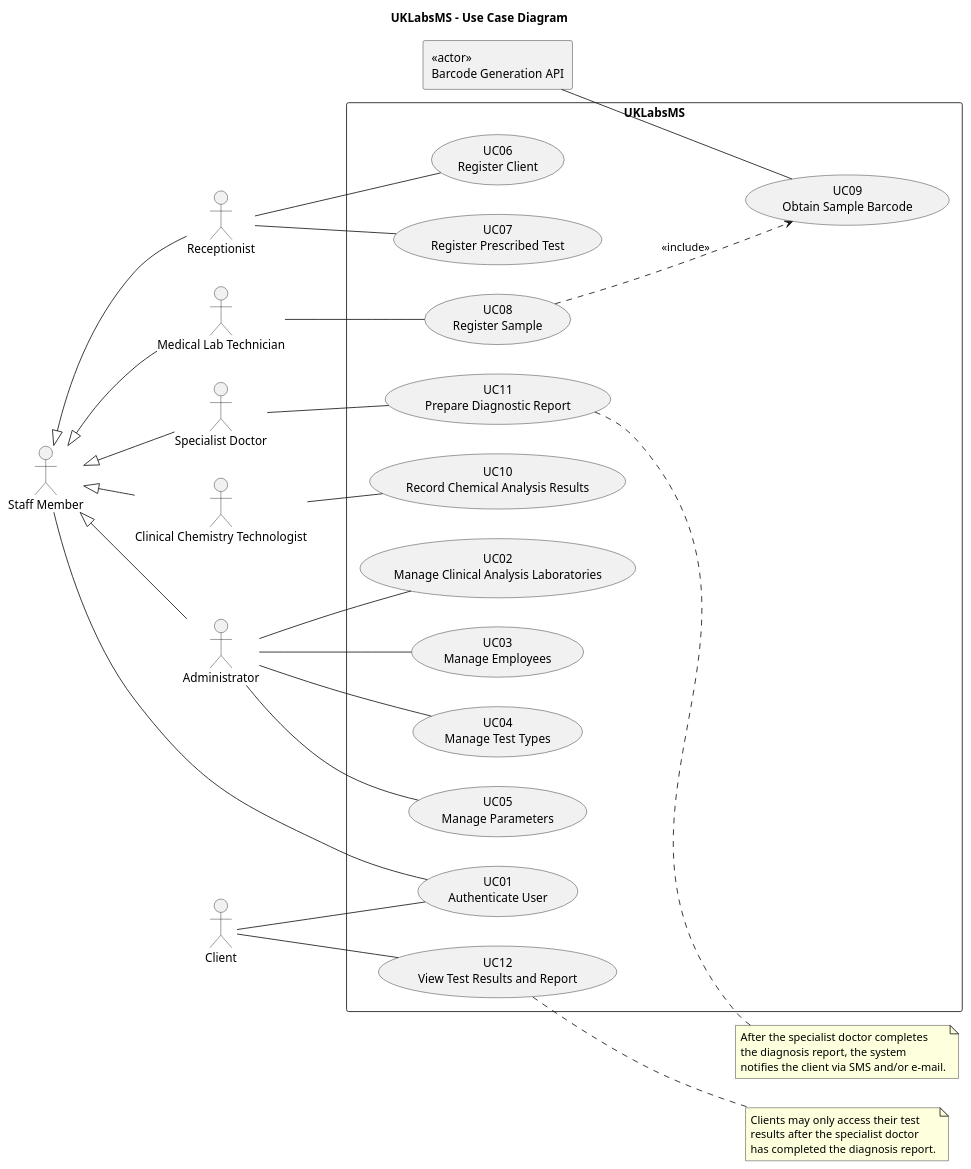
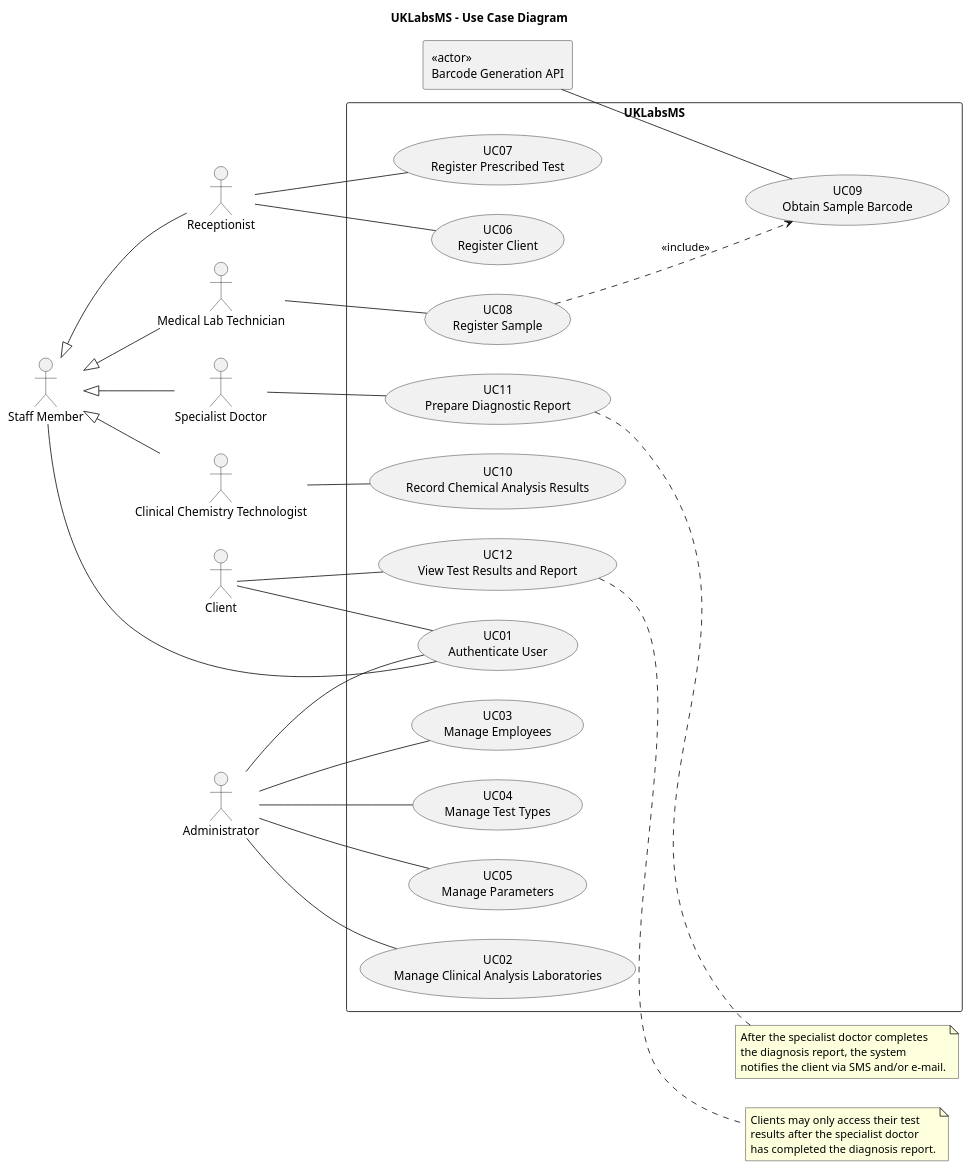
The diagram in docs/system-documentation/global-artifacts/puml/UCD.puml (jmaia574/leti-esoft-26-27-B6), drawn with PlantUML before and after one commit. The commit also changed other lines of this file and 7 other files, not shown here.

```diff
--- a/docs/system-documentation/global-artifacts/puml/UCD.puml
+++ b/docs/system-documentation/global-artifacts/puml/UCD.puml
@@ -1,68 +1,68 @@
 @startuml
 title UKLabsMS - Use Case Diagram
 
 left to right direction
 
 ' ACTORS
 actor Receptionist
 actor "Medical Lab Technician" as LabTech
 actor Client
 actor "Specialist Doctor" as Doctor
 actor "Clinical Chemistry Technologist" as CCT
 actor "Administrator" as Admin
 rectangle "«actor»\nBarcode Generation API" as BarcodeAPI
 actor "Staff Member" as Staff
 
 
 'USE CASES
 rectangle "UKLabsMS" {
     usecase "UC01\nAuthenticate User" as UC_AuthenticateUser
     usecase "UC02\nManage Clinical Analysis Laboratories" as UC_Laboratories
     usecase "UC03\nManage Employees" as UC_Employees
     usecase "UC04\nManage Test Types" as UC_TestTypes
     usecase "UC05\nManage Parameters" as UC_Parameters
     usecase "UC06\nRegister Client" as UC_RegisterClient
     usecase "UC07\nRegister Prescribed Test" as UC_RegisterTest
     usecase "UC08\nRegister Sample" as UC_RegisterSample
     usecase "UC09\nObtain Sample Barcode" as UC_Barcode
     usecase "UC10\nRecord Chemical Analysis Results" as UC_RecordTestResults
     usecase "UC11\nPrepare Diagnostic Report" as UC_WriteDiagnosis
     usecase "UC12\nView Test Results and Report" as UC_ViewResults
 }
 
 'ASSOCIATION
 Receptionist -- UC_RegisterClient
 Receptionist -- UC_RegisterTest
 LabTech -- UC_RegisterSample
 CCT -- UC_RecordTestResults
 Doctor -- UC_WriteDiagnosis
 Client -- UC_ViewResults
 Client -- UC_AuthenticateUser
 Admin -- UC_TestTypes
 Admin -- UC_Parameters
 Admin -- UC_Laboratories
 Admin -- UC_Employees
 BarcodeAPI -- UC_Barcode
 UC_RegisterSample ..> UC_Barcode : <<include>>
 Staff -- UC_AuthenticateUser
+Admin -- UC_AuthenticateUser
 Staff <|-- Receptionist
 Staff <|-- LabTech
 Staff <|-- CCT
 Staff <|-- Doctor
-Staff <|-- Admin
 
 'NOTES
 note right of UC_WriteDiagnosis
   After the specialist doctor completes
   the diagnosis report, the system
   notifies the client via SMS and/or e-mail.
 end note
 
 note right of UC_ViewResults
   Clients may only access their test
   results after the specialist doctor
   has completed the diagnosis report.
 end note
 
 
 @enduml
```
